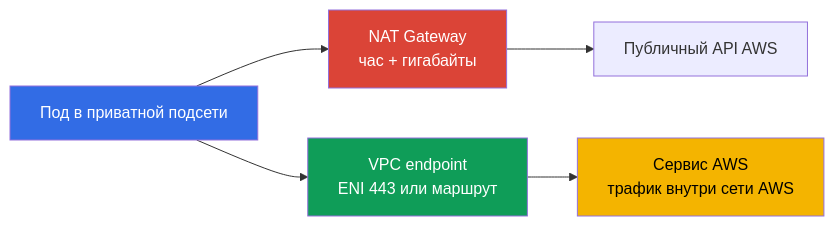
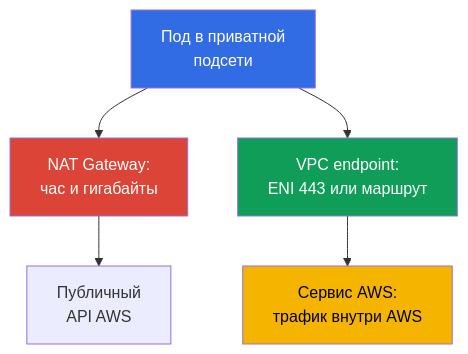
The third of 3 diagrams in tasks/eks/course/00-3-vpc/ru.md (ViktorUJ/cks), drawn with Mermaid before and after one commit. The commit also changed other lines of this file and 52 other files, not shown here.

````diff
--- a/tasks/eks/course/00-3-vpc/ru.md
+++ b/tasks/eks/course/00-3-vpc/ru.md
@@ -241,11 +250,11 @@
 ```mermaid
-flowchart LR
-    pod["Под в приватной подсети"] --> nat["NAT Gateway<br>час + гигабайты"]
-    nat --> pub["Публичный API AWS"]
-    pod --> vpce["VPC endpoint<br>ENI 443 или маршрут"]
-    vpce --> priv["Сервис AWS<br>трафик внутри сети AWS"]
+flowchart TB
+    pod["Под в приватной<br/>подсети"] --> nat["NAT Gateway:<br/>час и гигабайты"]
+    nat --> pub["Публичный<br/>API AWS"]
+    pod --> vpce["VPC endpoint:<br/>ENI 443 или маршрут"]
+    vpce --> priv["Сервис AWS:<br/>трафик внутри AWS"]
     style pod fill:#326ce5,color:#fff
     style nat fill:#db4437,color:#fff
     style vpce fill:#0f9d58,color:#fff
     style priv fill:#f4b400,color:#000
 ```
````
